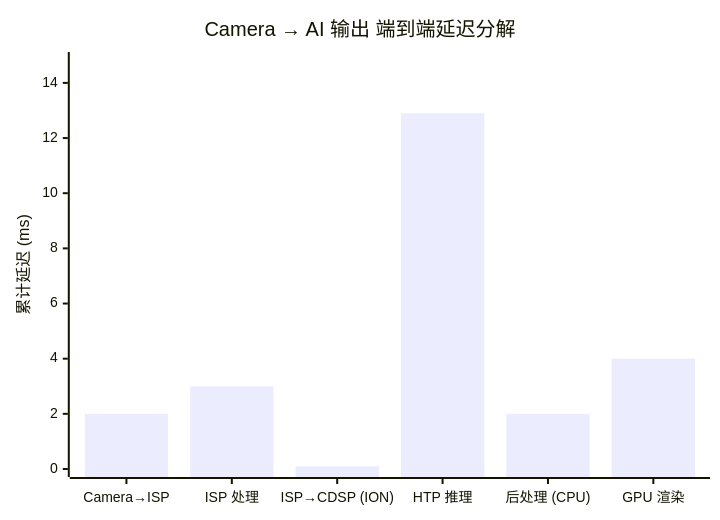
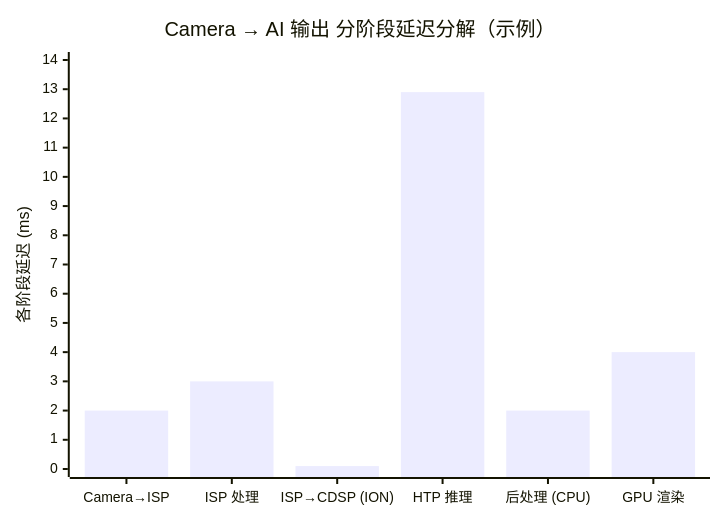
The fourth of 9 diagrams in cockpit/projects/agent-framework/deploy.md (ranpin/edge-ai-docs), drawn with Mermaid before and after one commit. The commit also changed other lines of this file and 8 other files, not shown here.

````diff
--- a/cockpit/projects/agent-framework/deploy.md
+++ b/cockpit/projects/agent-framework/deploy.md
@@ -122,7 +125,7 @@
 ```mermaid
 xychart-beta
-    title "Camera → AI 输出 端到端延迟分解"
+    title "Camera → AI 输出 分阶段延迟分解（示例）"
     x-axis ["Camera→ISP", "ISP 处理", "ISP→CDSP (ION)", "HTP 推理", "后处理 (CPU)", "GPU 渲染"]
-    y-axis "累计延迟 (ms)" 0 --> 14.83
+    y-axis "各阶段延迟 (ms)" 0 --> 14
     bar [2, 3, 0.1, 12.9, 2, 4]
 ```
````
